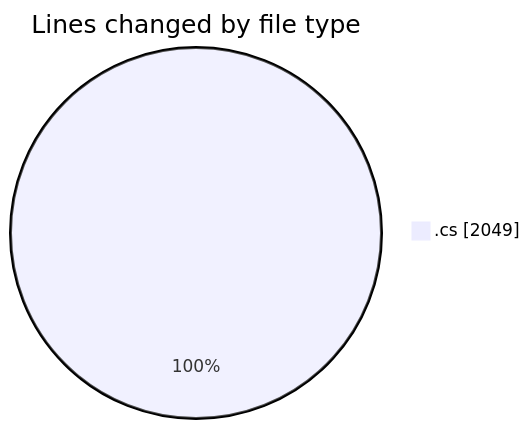
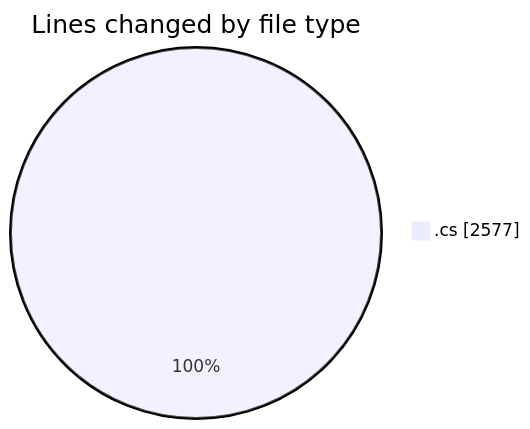
The first of 2 diagrams in 2025-03-26/back-end/README.md (Netris89/code-tracking), drawn with Mermaid before and after one commit. The commit also changed other lines of this file and 1 other file, not shown here.

````diff
--- a/2025-03-26/back-end/README.md
+++ b/2025-03-26/back-end/README.md
@@ -37,5 +42,5 @@
 ```mermaid
 pie showData
 title Lines changed by file type
-".cs" : 2049
+".cs" : 2577
 ```
````
